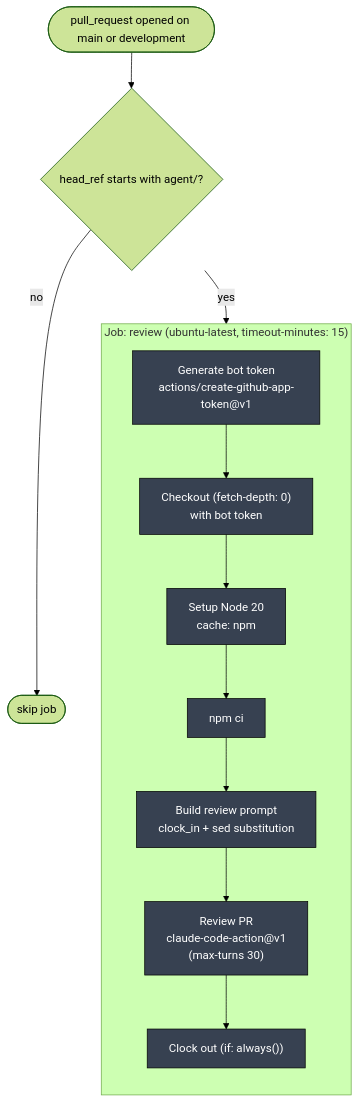
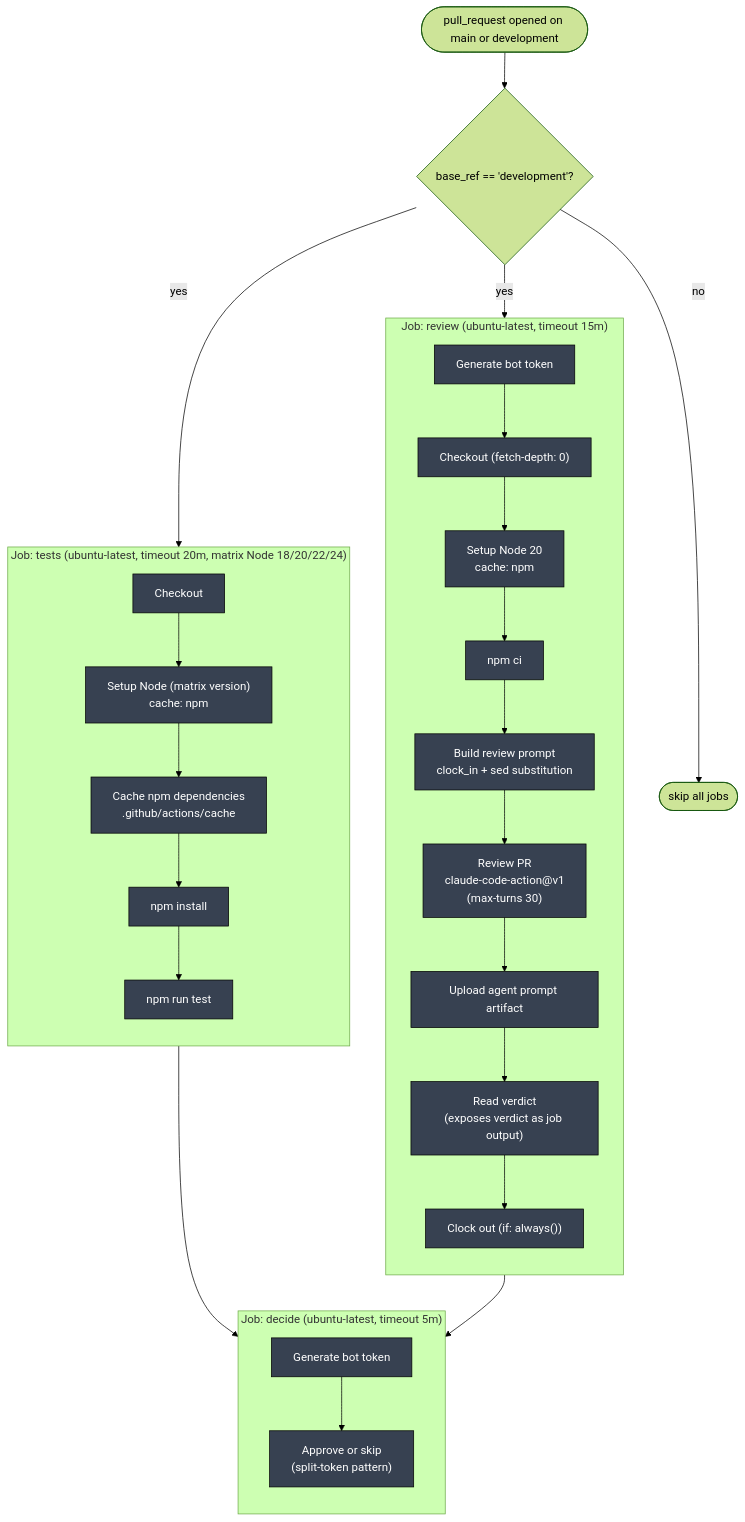
One commit to gregreindel/llm-exe changed the third of 12 diagrams in .github/docs/AGENT_REVIEW_PR_DEEP_DIVE.md. Above: the diagram before and after it, drawn with Mermaid (forest theme). The commit also changed other lines of this file and 2 other files, not shown here.

First line of the commit message:
docs: sync AGENT_REVIEW_PR_DEEP_DIVE and WORKFLOW_ARCHITECTURE after agent-review-pr.yml restructure

````diff
--- a/.github/docs/AGENT_REVIEW_PR_DEEP_DIVE.md
+++ b/.github/docs/AGENT_REVIEW_PR_DEEP_DIVE.md
@@ -141,23 +148,46 @@
 ```mermaid
 flowchart TB
     classDef job fill:#1e3a8a,color:#fff,stroke:#000
     classDef step fill:#374151,color:#fff,stroke:#000
     classDef gate fill:#7c2d12,color:#fff,stroke:#000
 
     start([pull_request opened on main or development])
-    start --> filt{head_ref starts with agent/?}
-    filt -->|no| stop([skip job])
+    start --> filt{base_ref == 'development'?}
+    filt -->|no| stop([skip all jobs])
     filt -->|yes| J1
+    filt -->|yes| J2
 
-    subgraph J1["Job: review (ubuntu-latest, timeout-minutes: 15)"]
+    subgraph J1["Job: tests (ubuntu-latest, timeout 20m, matrix Node 18/20/22/24)"]
         direction TB
-        s1["Generate bot token\nactions/create-github-app-token@v1"]:::step
-        s2["Checkout (fetch-depth: 0)\nwith bot token"]:::step
+        t1["Checkout"]:::step
+        t2["Setup Node (matrix version)\ncache: npm"]:::step
+        t3["Cache npm dependencies\n.github/actions/cache"]:::step
+        t4["npm install"]:::step
+        t5["npm run test"]:::step
+        t1 --> t2 --> t3 --> t4 --> t5
+    end
+
+    subgraph J2["Job: review (ubuntu-latest, timeout 15m)"]
+        direction TB
+        s1["Generate bot token"]:::step
+        s2["Checkout (fetch-depth: 0)"]:::step
         s3["Setup Node 20\ncache: npm"]:::step
         s4["npm ci"]:::step
         s5["Build review prompt\nclock_in + sed substitution"]:::step
         s6["Review PR\nclaude-code-action@v1\n(max-turns 30)"]:::step
-        s7["Clock out (if: always())"]:::step
-        s1 --> s2 --> s3 --> s4 --> s5 --> s6 --> s7
+        s7["Upload agent prompt artifact"]:::step
+        s8["Read verdict\n(exposes verdict as job output)"]:::step
+        s9["Clock out (if: always())"]:::step
+        s1 --> s2 --> s3 --> s4 --> s5 --> s6 --> s7 --> s8 --> s9
     end
+
+    subgraph J3["Job: decide (ubuntu-latest, timeout 5m)"]
+        direction TB
+        d1["Generate bot token"]:::step
+        d2["Approve or skip\n(split-token pattern)"]:::step
+        d1 --> d2
+    end
+
+    J1 --> J3
+    J2 --> J3
 ```
````
